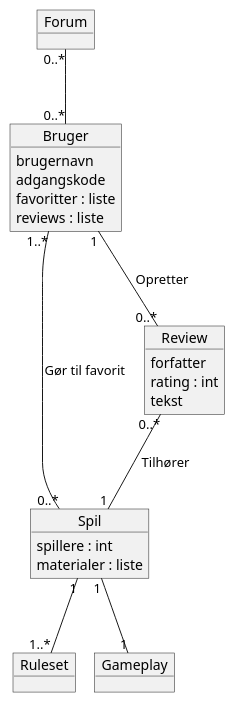
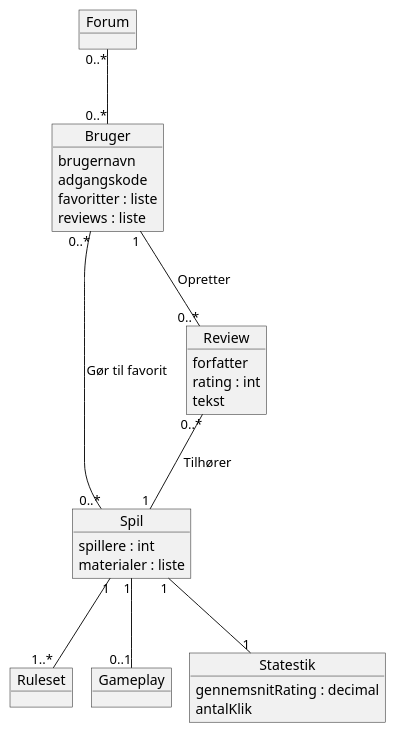
The diagram in doc/Domæne.puml (AlecDH/Party-Games-Pet-Project), drawn with PlantUML before and after one commit.

Commit message:
Updated domain model

```diff
--- a/doc/Domæne.puml
+++ b/doc/Domæne.puml
@@ -1,36 +1,42 @@
 @startuml
 !pragma layout smetana
 'https://plantuml.com/sequence-diagram
 
 object Bruger{
 brugernavn
 adgangskode
 favoritter : liste
 reviews : liste
 }
 
 object Spil{
 spillere : int
 materialer : liste
 }
 
 object Review{
 forfatter
 rating : int
 tekst
 }
 
 object Forum
 
 object Ruleset
 
 object Gameplay
 
-Bruger "1..*" --- "0..*" Spil : Gør til favorit
+object Statestik{
+gennemsnitRating : decimal
+antalKlik
+}
+
+Bruger "0..*" --- "0..*" Spil : Gør til favorit
 Review "0..*" --- "1" Spil : Tilhører
 Bruger "1" --- "0..*" Review : Opretter
 Forum "0..*" --- "0..*" Bruger
 Spil "1" --- "1..*" Ruleset
-Spil "1" --- "1" Gameplay
+Spil "1" --- "0..1" Gameplay
+Spil "1" --- "1" Statestik
 
 @enduml
```
